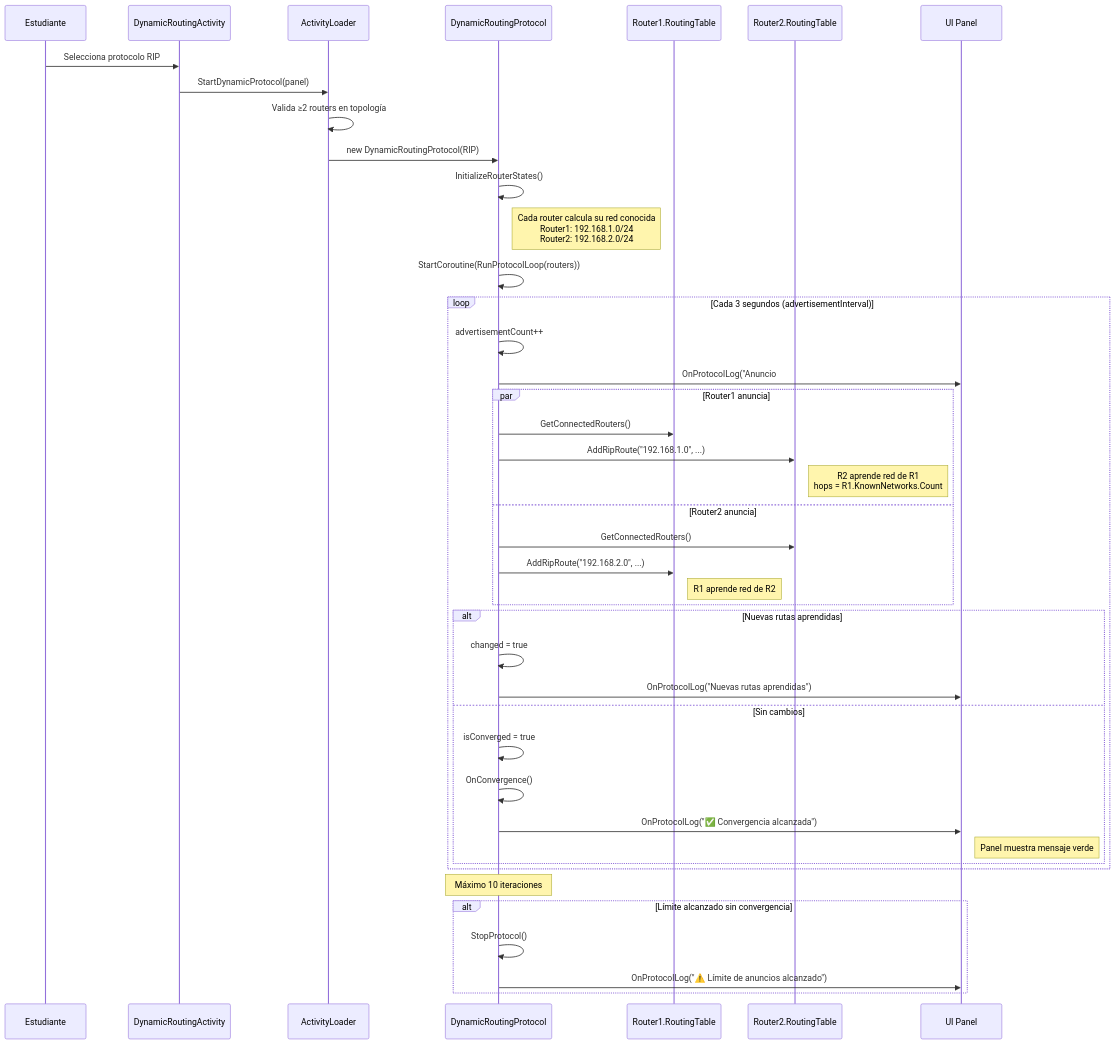
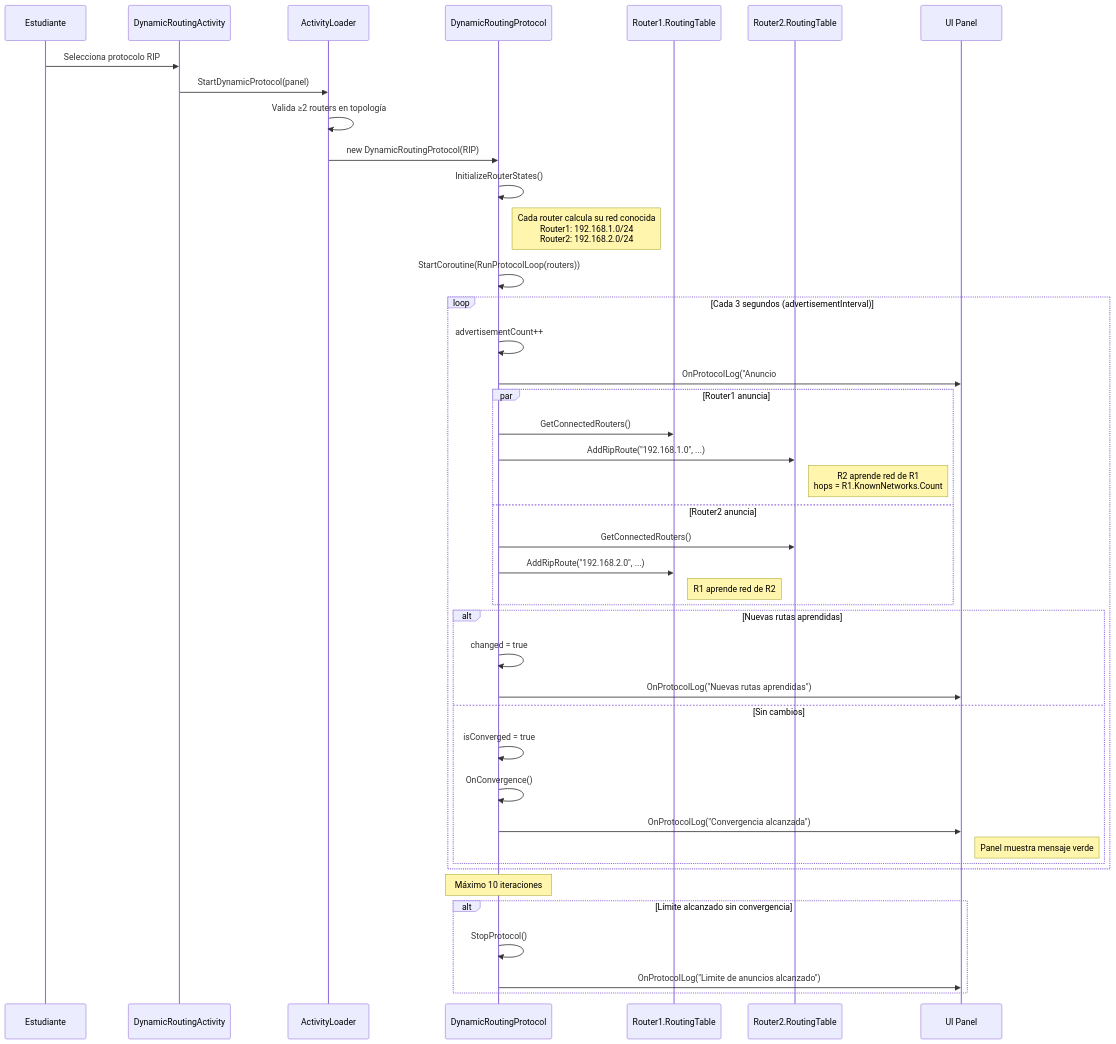
Before and after one commit to Josmarinr/ProyectoGI_SimuladorRedesIDEUM: the first of 2 diagrams in docs/diagrams/13-sequence-dynamic-routing.md, drawn with Mermaid. The commit also changed 15 other files, not shown here.

````diff
--- a/docs/diagrams/13-sequence-dynamic-routing.md
+++ b/docs/diagrams/13-sequence-dynamic-routing.md
@@ -5,50 +5,50 @@
 ```mermaid
 sequenceDiagram
     participant Student as Estudiante
     participant Act as DynamicRoutingActivity
     participant AL as ActivityLoader
     participant DRP as DynamicRoutingProtocol
     participant R1 as Router1.RoutingTable
     participant R2 as Router2.RoutingTable
     participant Panel as UI Panel
 
     Student->>Act: Selecciona protocolo RIP
     Act->>AL: StartDynamicProtocol(panel)
     AL->>AL: Valida ≥2 routers en topología
     AL->>DRP: new DynamicRoutingProtocol(RIP)
     DRP->>DRP: InitializeRouterStates()
     Note right of DRP: Cada router calcula su red conocida<br/>Router1: 192.168.1.0/24<br/>Router2: 192.168.2.0/24
     DRP->>DRP: StartCoroutine(RunProtocolLoop(routers))
 
     loop Cada 3 segundos (advertisementInterval)
         DRP->>DRP: advertisementCount++
         DRP->>Panel: OnProtocolLog("Anuncio #N...")
 
         par Router1 anuncia
             DRP->>R1: GetConnectedRouters()
             DRP->>R2: AddRipRoute("192.168.1.0", ...)
             Note right of R2: R2 aprende red de R1<br/>hops = R1.KnownNetworks.Count
         and Router2 anuncia
             DRP->>R2: GetConnectedRouters()
             DRP->>R1: AddRipRoute("192.168.2.0", ...)
             Note right of R1: R1 aprende red de R2
         end
 
         alt Nuevas rutas aprendidas
             DRP->>DRP: changed = true
             DRP->>Panel: OnProtocolLog("Nuevas rutas aprendidas")
         else Sin cambios
             DRP->>DRP: isConverged = true
             DRP->>DRP: OnConvergence()
-            DRP->>Panel: OnProtocolLog("✅ Convergencia alcanzada")
+            DRP->>Panel: OnProtocolLog("Convergencia alcanzada")
             Note right of Panel: Panel muestra mensaje verde
         end
     end
 
     Note over DRP: Máximo 10 iteraciones
 
     alt Límite alcanzado sin convergencia
         DRP->>DRP: StopProtocol()
-        DRP->>Panel: OnProtocolLog("⚠️ Límite de anuncios alcanzado")
+        DRP->>Panel: OnProtocolLog("Limite de anuncios alcanzado")
     end
 ```
````
